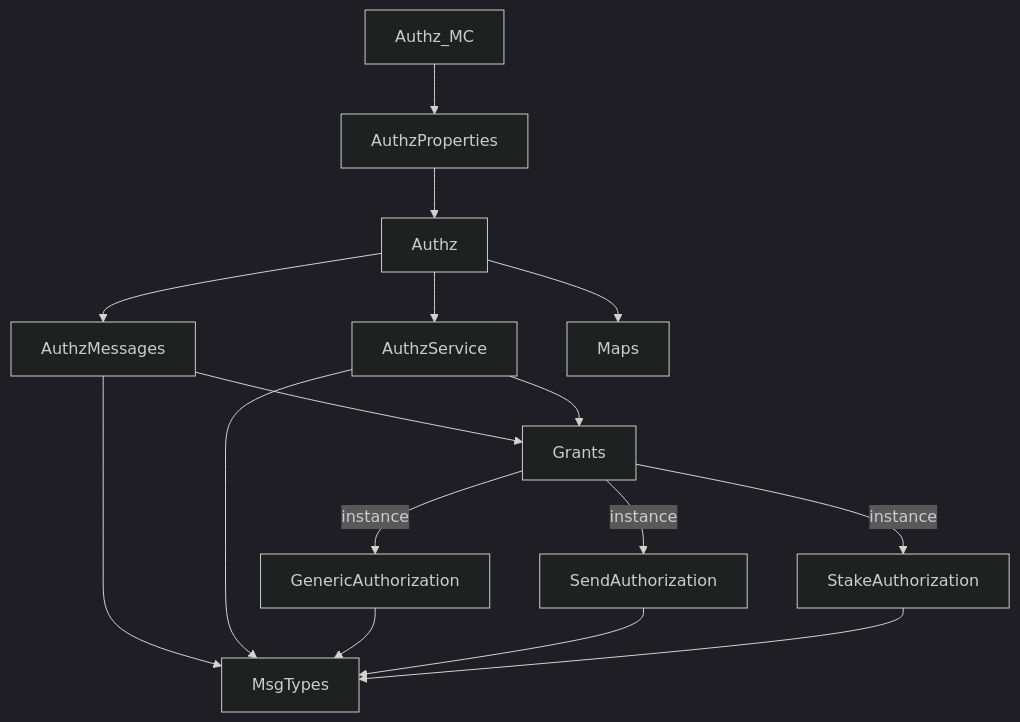
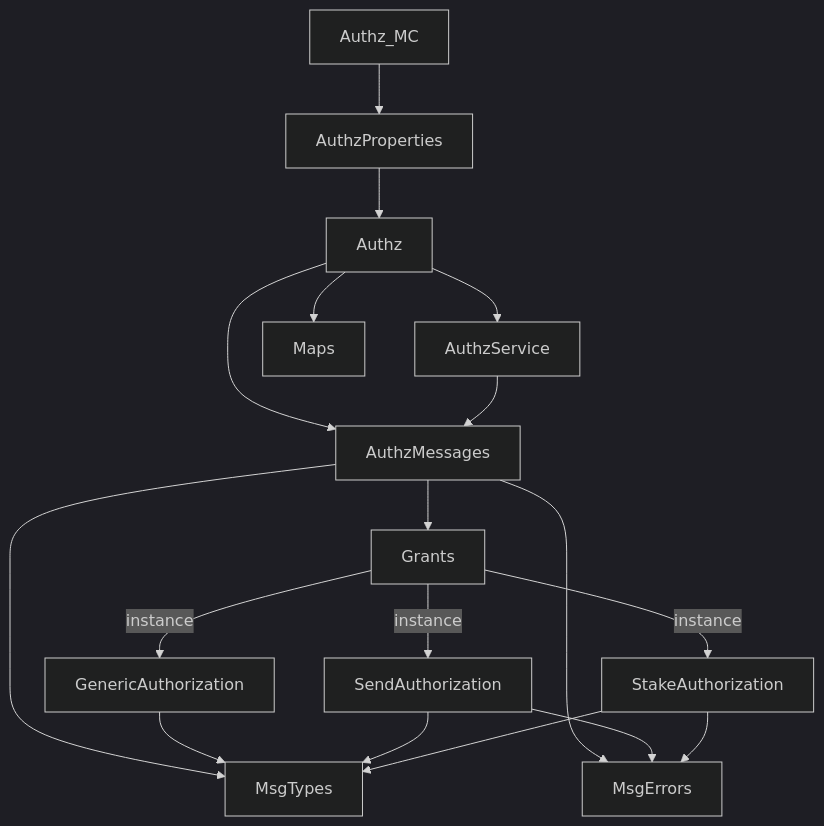
The diagram in models/authz/docs/module_dependencies.md (informalsystems/atomkraft-cosmos), drawn with Mermaid (dark theme) before and after one commit. The commit also changed 9 other files, not shown here.

Commit message:
Add MsgErrors module and grantIdOf

````diff
--- a/models/authz/docs/module_dependencies.md
+++ b/models/authz/docs/module_dependencies.md
@@ -3,7 +3,7 @@
 ```mermaid
 flowchart TB
-    Authz_MC --> AuthzProperties --> Authz --> AuthzMessages --> Grants & MsgTypes
-    Authz --> AuthzService & Maps
-    AuthzService --> MsgTypes
-    AuthzService --> Grants -->|instance| GenericAuthorization & SendAuthorization & StakeAuthorization --> MsgTypes
+    Authz_MC --> AuthzProperties --> Authz --> AuthzService & AuthzMessages & Maps
+    AuthzService --> AuthzMessages --> MsgTypes & MsgErrors & Grants
+    Grants -->|instance| GenericAuthorization & SendAuthorization & StakeAuthorization --> MsgTypes
+    SendAuthorization & StakeAuthorization --> MsgErrors
 ```
````
